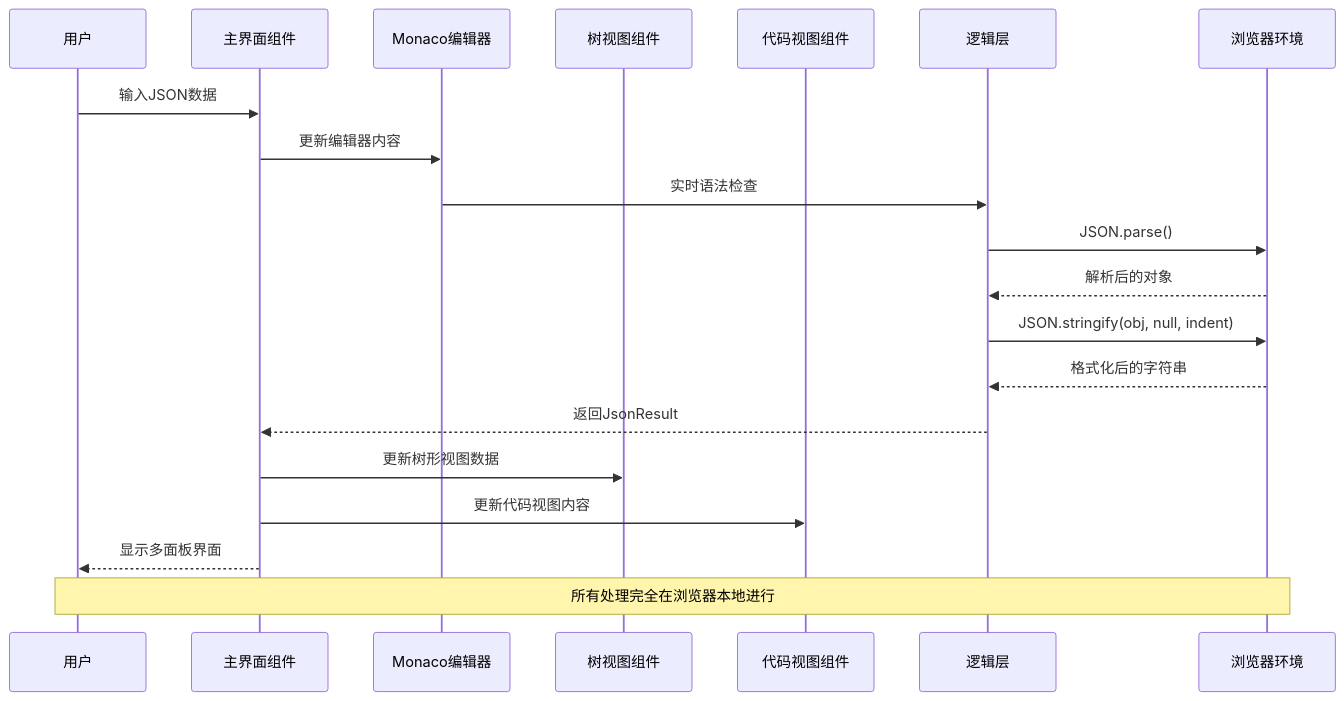
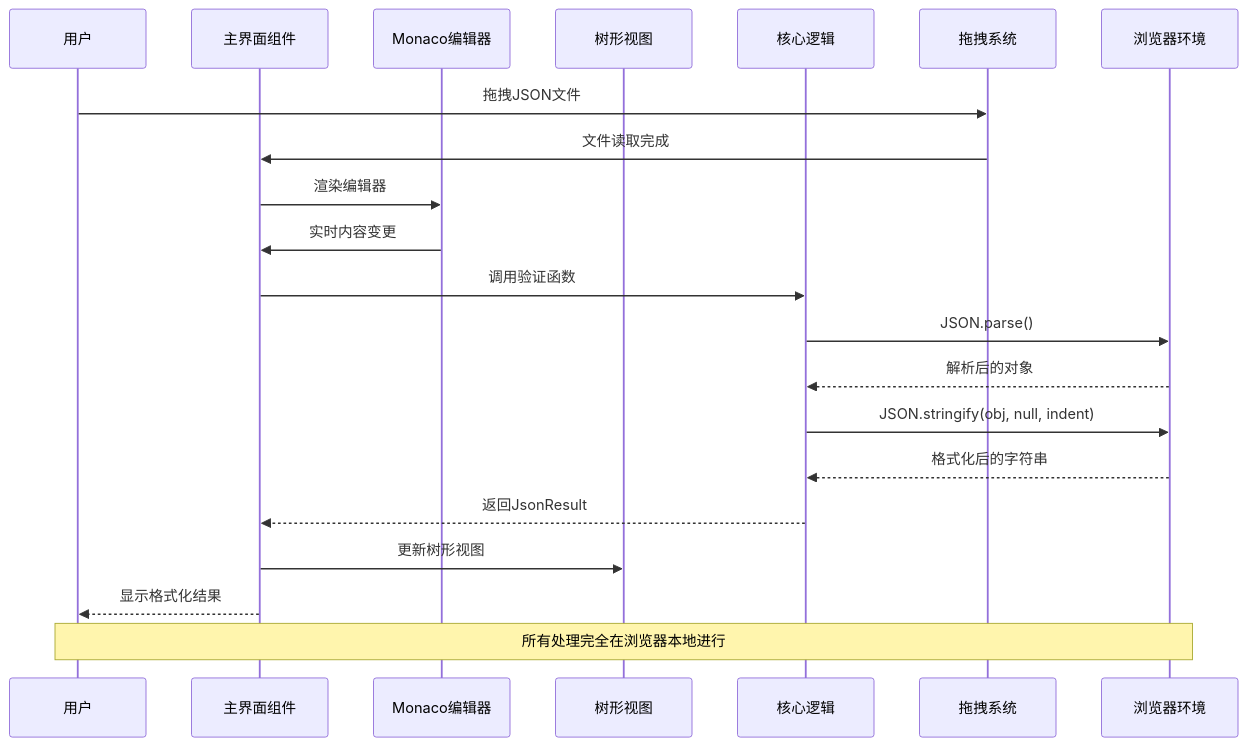
Before and after one commit to sgyy/privadeck: the second of 4 diagrams in .qoder/repowiki/zh/content/开发者工具/JSON格式化工具.md, drawn with Mermaid. The commit also changed other lines of this file and 23 other files, not shown here.

````diff
--- a/.qoder/repowiki/zh/content/开发者工具/JSON格式化工具.md
+++ b/.qoder/repowiki/zh/content/开发者工具/JSON格式化工具.md
@@ -203,22 +178,23 @@
 ```mermaid
 sequenceDiagram
 participant User as 用户
 participant UI as 主界面组件
 participant Monaco as Monaco编辑器
-participant Tree as 树视图组件
-participant Code as 代码视图组件
-participant Logic as 逻辑层
+participant Tree as 树形视图
+participant Logic as 核心逻辑
+participant DropZone as 拖拽系统
 participant Browser as 浏览器环境
-User->>UI : 输入JSON数据
-UI->>Monaco : 更新编辑器内容
-Monaco->>Logic : 实时语法检查
+User->>DropZone : 拖拽JSON文件
+DropZone->>UI : 文件读取完成
+UI->>Monaco : 渲染编辑器
+Monaco->>UI : 实时内容变更
+UI->>Logic : 调用验证函数
 Logic->>Browser : JSON.parse()
 Browser-->>Logic : 解析后的对象
 Logic->>Browser : JSON.stringify(obj, null, indent)
 Browser-->>Logic : 格式化后的字符串
 Logic-->>UI : 返回JsonResult
-UI->>Tree : 更新树形视图数据
-UI->>Code : 更新代码视图内容
-UI-->>User : 显示多面板界面
+UI->>Tree : 更新树形视图
+UI-->>User : 显示格式化结果
 Note over User,Browser : 所有处理完全在浏览器本地进行
 ```
````
